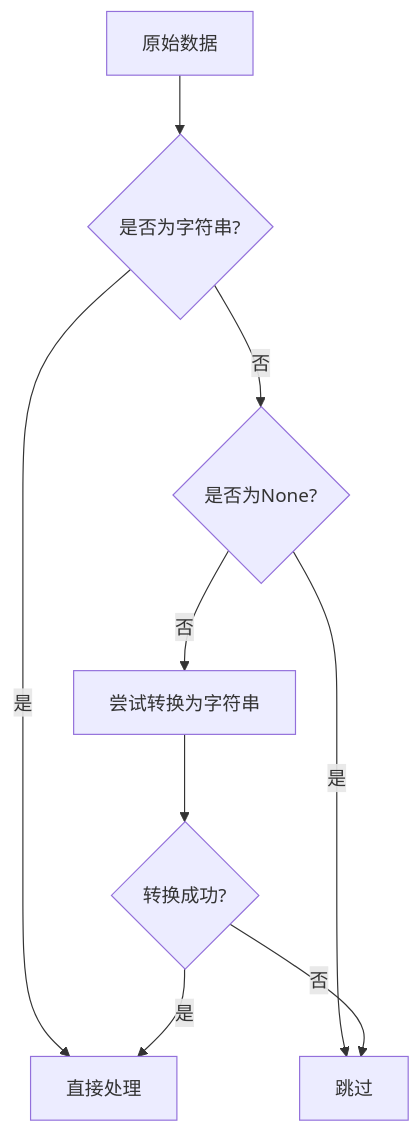
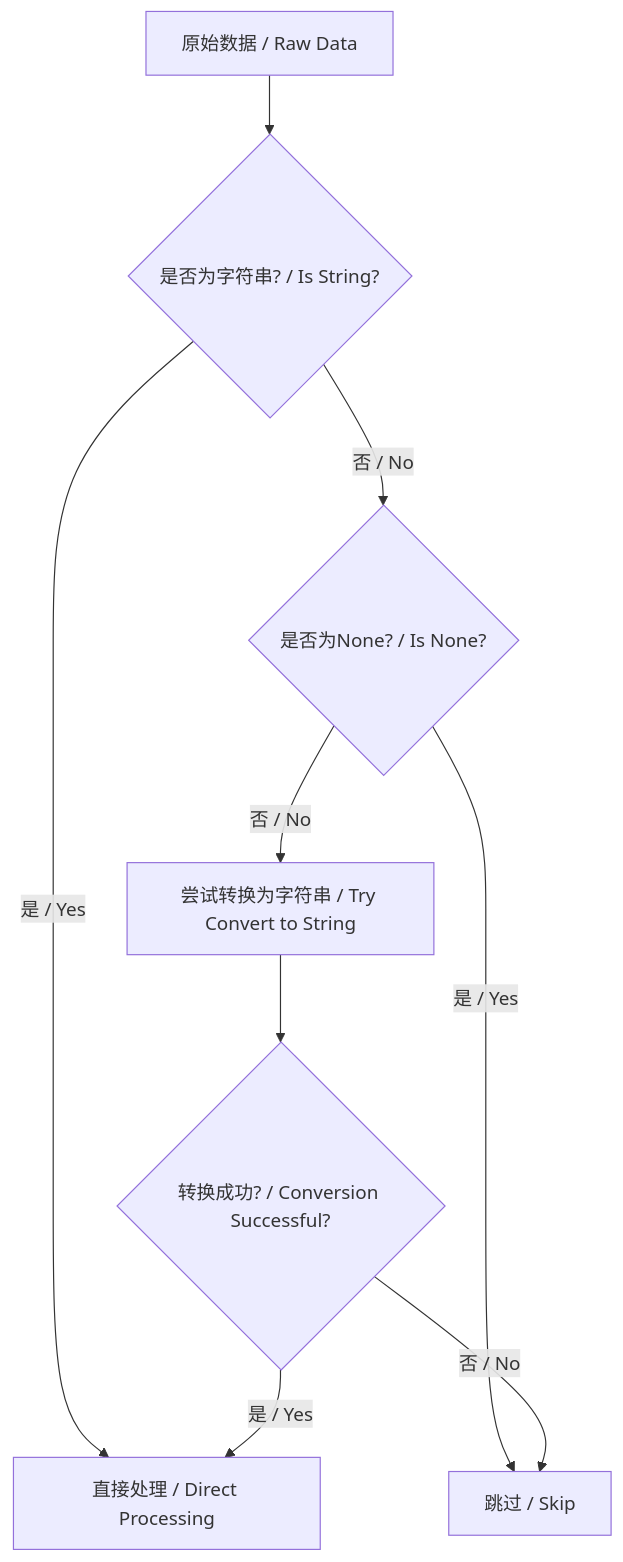
Before and after one commit to 041008Ashley/2025-ProductTitleMatchingAnalysis: the ninth of 10 diagrams in README.md, drawn with Mermaid. The commit also changed other lines of this file, not shown here.

````diff
--- a/README.md
+++ b/README.md
@@ -459,11 +457,11 @@
 ```mermaid
 flowchart TD
-    A[原始数据] --> B{是否为字符串?}
-    B -->|是| C[直接处理]
-    B -->|否| D{是否为None?}
-    D -->|是| E[跳过]
-    D -->|否| F[尝试转换为字符串]
-    F --> G{转换成功?}
-    G -->|是| C
-    G -->|否| E
+    A[原始数据 / Raw Data] --> B{是否为字符串? / Is String?}
+    B -->|是 / Yes| C[直接处理 / Direct Processing]
+    B -->|否 / No| D{是否为None? / Is None?}
+    D -->|是 / Yes| E[跳过 / Skip]
+    D -->|否 / No| F[尝试转换为字符串 / Try Convert to String]
+    F --> G{转换成功? / Conversion Successful?}
+    G -->|是 / Yes| C
+    G -->|否 / No| E
 ```
````
